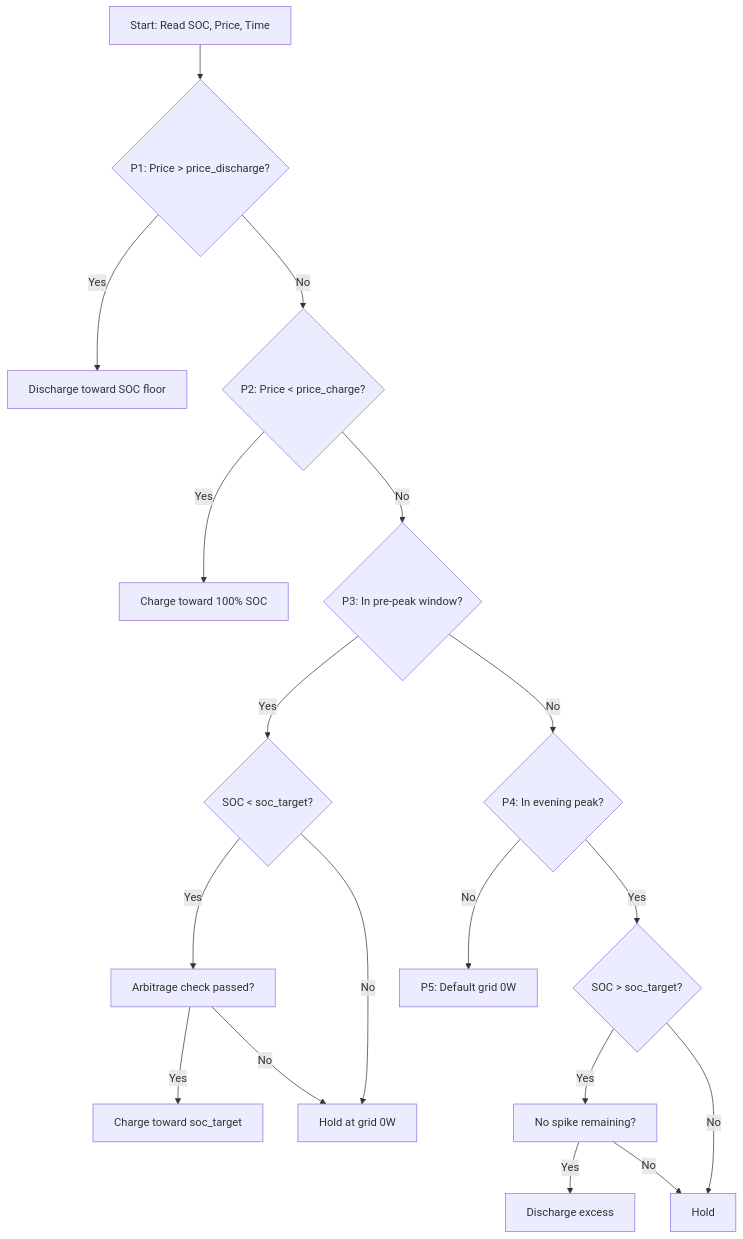
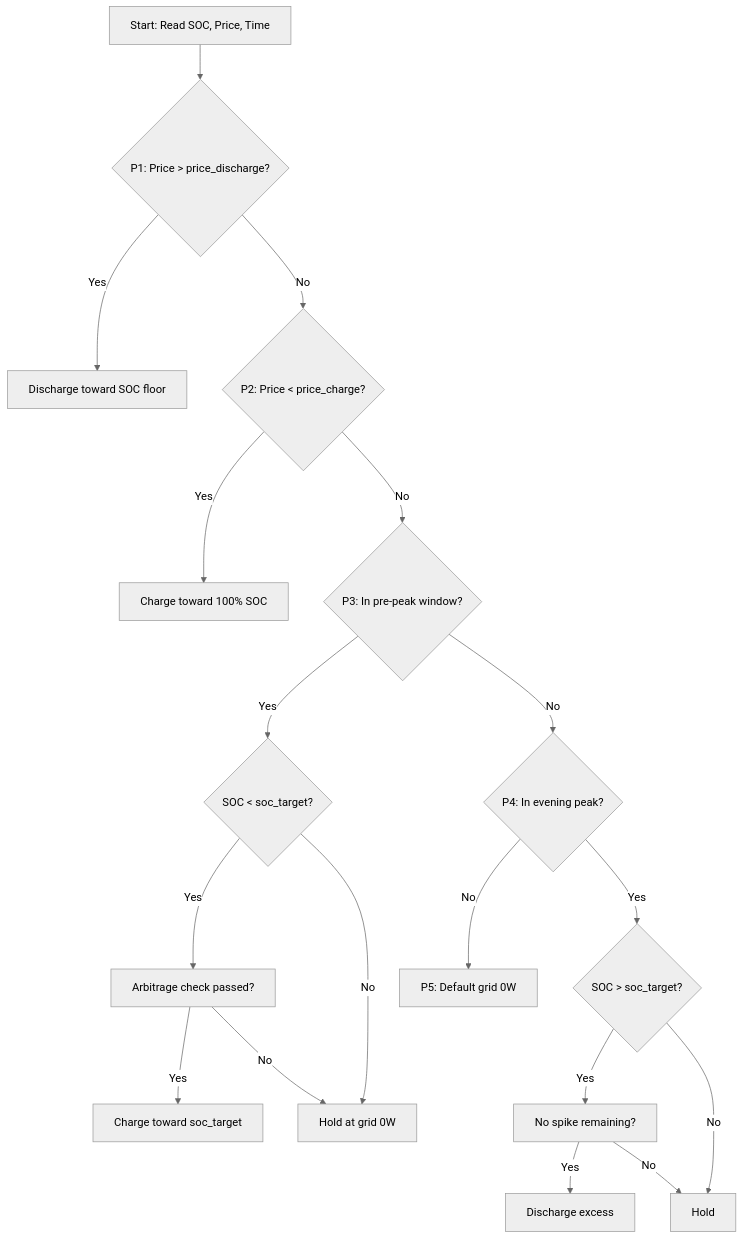
One commit to Atrium0804/SessyStrategy_HA changed the diagram in docs/explanation/strategy-priority-chain.md. Above: the diagram before and after it, drawn with Mermaid. The commit also changed 106 other files, not shown here.

````diff
--- a/docs/explanation/strategy-priority-chain.md
+++ b/docs/explanation/strategy-priority-chain.md
@@ -19,20 +19,21 @@
 ```mermaid
+%%{init: {'theme': 'neutral'}}%%
 flowchart TD
     A[Start: Read SOC, Price, Time] --> B{P1: Price > price_discharge?}
     B -->|Yes| C[Discharge toward SOC floor]
     B -->|No| D{P2: Price < price_charge?}
     D -->|Yes| E[Charge toward 100% SOC]
     D -->|No| F{P3: In pre-peak window?}
     F -->|Yes| G{SOC < soc_target?}
     G -->|Yes| H[Arbitrage check passed?]
     H -->|Yes| I[Charge toward soc_target]
     H -->|No| J[Hold at grid 0W]
     G -->|No| J
     F -->|No| K{P4: In evening peak?}
     K -->|Yes| L{SOC > soc_target?}
     L -->|Yes| M[No spike remaining?]
     M -->|Yes| N[Discharge excess]
     M -->|No| O[Hold]
     L -->|No| O
     K -->|No| P[P5: Default grid 0W]
 ```
````
